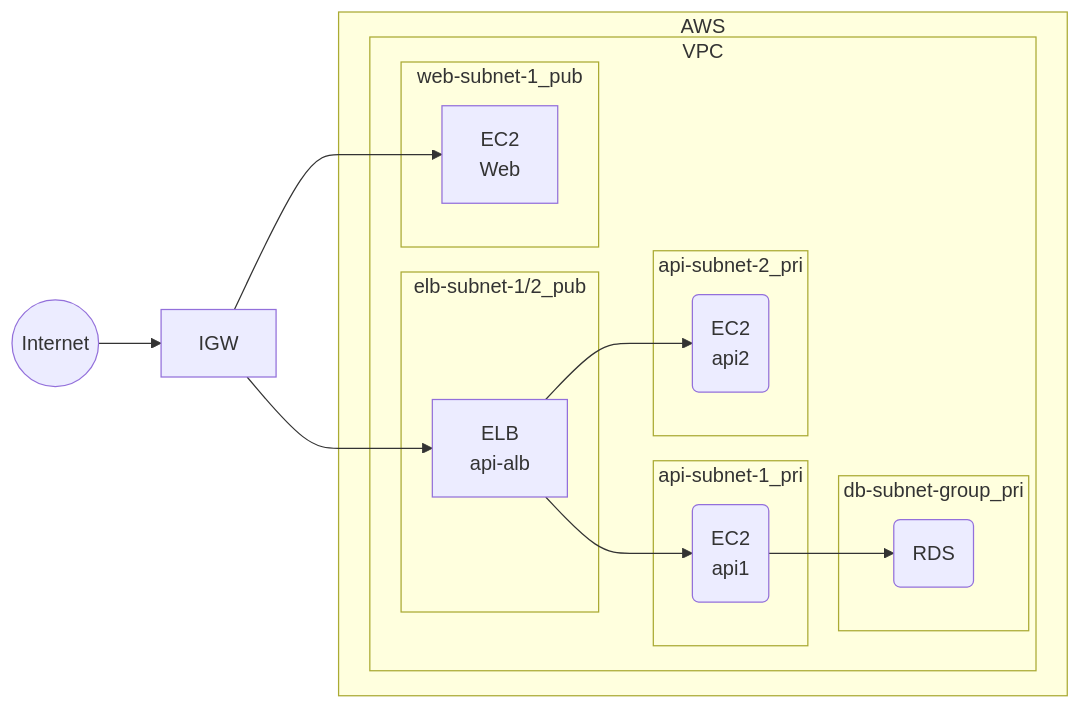
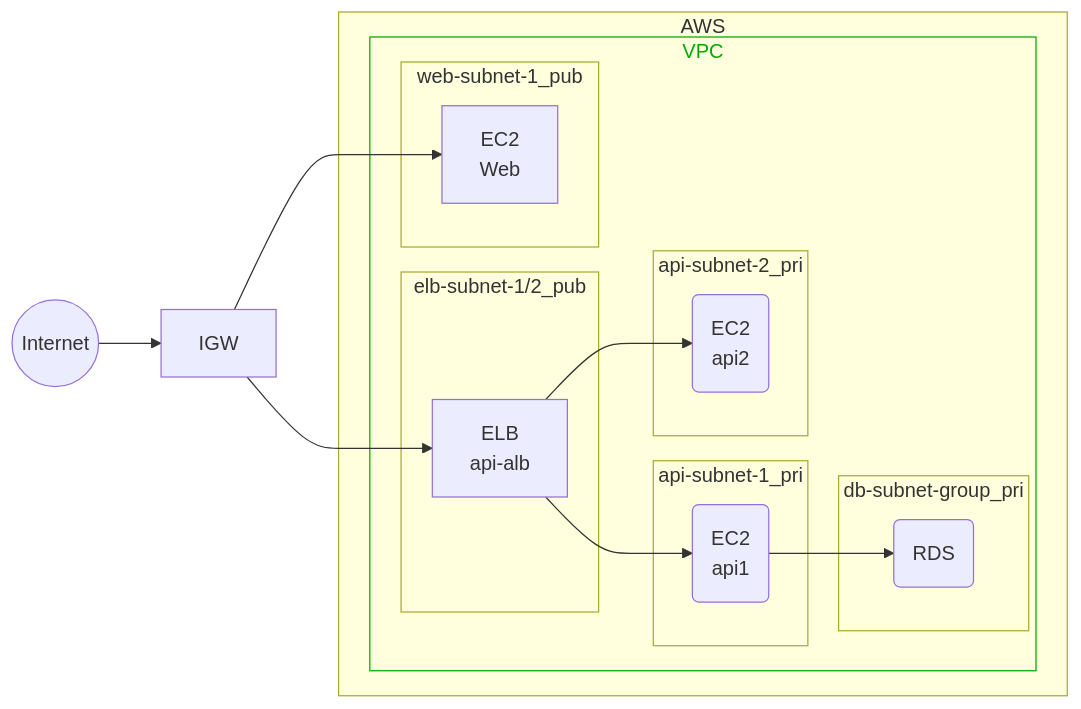
The diagram in README.md (kuma8088/ct_sprints_iimura), drawn with Mermaid before and after one commit. The commit also changed 2 other files, not shown here.

Commit message:
Sprint3 Draft v0.4

````diff
--- a/README.md
+++ b/README.md
@@ -15,36 +15,41 @@
 ```mermaid
 flowchart LR
 %%外部要素のUser
 INET((Internet))
 IGW[IGW]
 
 %%グループとサービス
 subgraph GC[AWS]
   subgraph GV[VPC]
     subgraph GS1[elb-subnet-1/2_pub]
       NW1[ELB<br>api-alb]
     end
     subgraph GS2[web-subnet-1_pub]
         SV1[EC2<br>Web]
     end
     subgraph GS3[api-subnet-1_pri]
       SV2("EC2<br>api1")
     end
     subgraph GS4[api-subnet-2_pri]
       SV3("EC2<br>api2")
     end
     subgraph GS5[db-subnet-group_pri]
       DB1("RDS")
     end
   end
 end
 
 %%サービス同士の関係
 INET --> IGW
 IGW --> NW1
 IGW --> SV1
 NW1 --> SV2
 NW1 --> SV3
 SV2 --> DB1
 
+%%---スタイルの設定---
+%%VPCのスタイル
+classDef SGV fill:none,color:#0a0,stroke:#0a0
+class GV SGV
+
 ```
````
